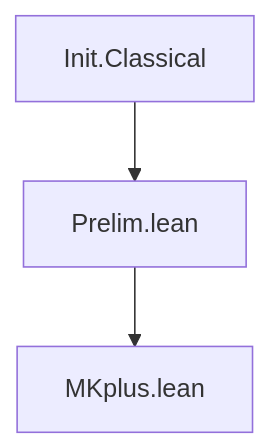
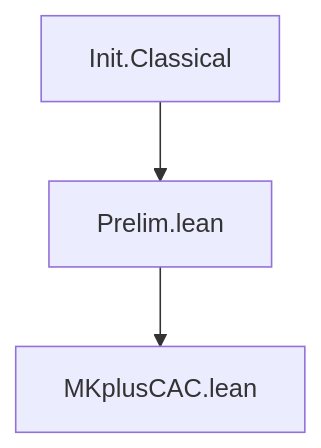
One commit to julian1c2a/MKplusCAC changed the diagram in REFERENCE.md. Above: the diagram before and after it, drawn with Mermaid. The commit also changed other lines of this file and 25 other files, not shown here.

Commit message:
refactor: rename project to MKplusCAC and apply new project template structure

````diff
--- a/REFERENCE.md
+++ b/REFERENCE.md
@@ -34,5 +34,5 @@
 ```mermaid
 graph TD
     IC[Init.Classical] --> P[Prelim.lean]
-    P --> Z[MKplus.lean]
+    P --> Z[MKplusCAC.lean]
 ```
````
